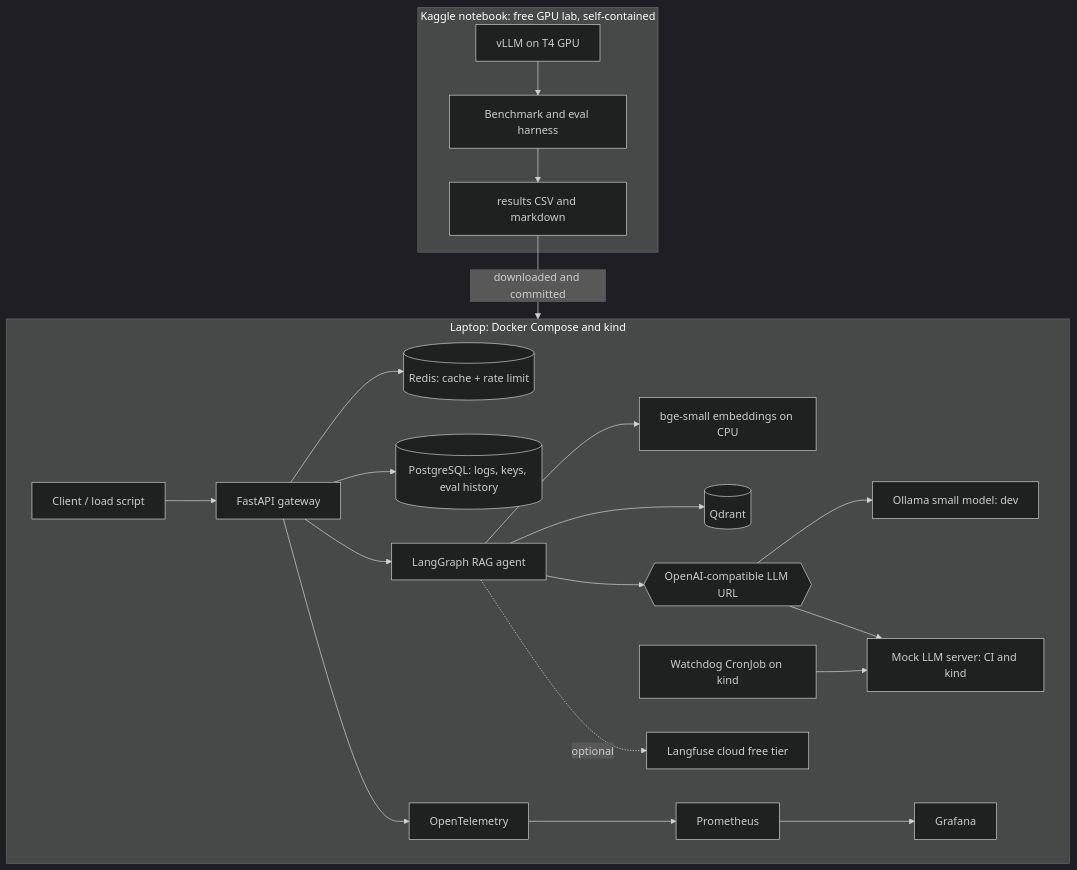
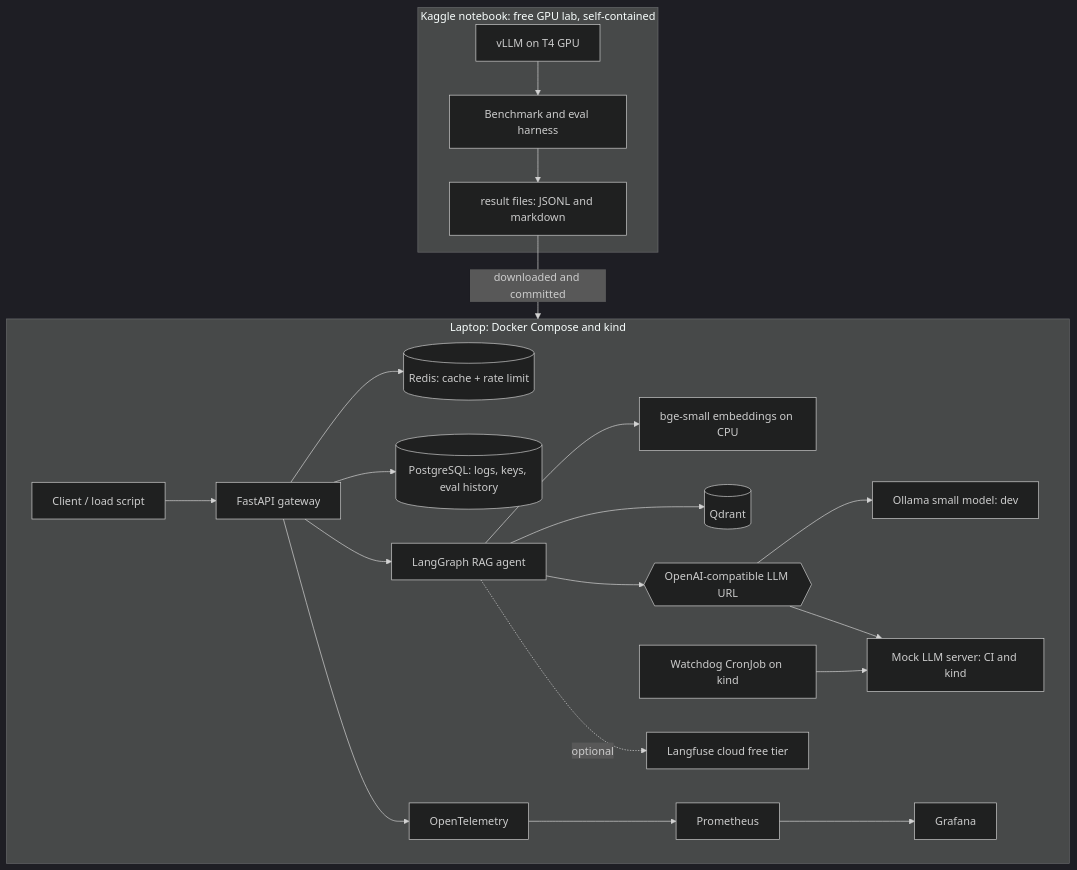
One commit to chiragn28/FXAssist_Lite changed the diagram in README.md. Above: the diagram before and after it, drawn with Mermaid (dark theme). The commit also changed other lines of this file and 39 other files, not shown here.

````diff
--- a/README.md
+++ b/README.md
@@ -17,24 +17,24 @@
 ```mermaid
 flowchart TB
     subgraph LOCAL[Laptop: Docker Compose and kind]
         C[Client / load script] --> API[FastAPI gateway]
         API --> RD[(Redis: cache + rate limit)]
         API --> PG[(PostgreSQL: logs, keys, eval history)]
         API --> AG[LangGraph RAG agent]
         AG --> EM[bge-small embeddings on CPU]
         AG --> QD[(Qdrant)]
         AG --> LLM{{OpenAI-compatible LLM URL}}
         LLM --> OL[Ollama small model: dev]
         LLM --> MK[Mock LLM server: CI and kind]
         API --> OT[OpenTelemetry]
         OT --> PR[Prometheus]
         PR --> GR[Grafana]
         AG -.optional.-> LF[Langfuse cloud free tier]
         WD[Watchdog CronJob on kind] --> MK
     end
     subgraph LAB[Kaggle notebook: free GPU lab, self-contained]
         V[vLLM on T4 GPU] --> B[Benchmark and eval harness]
-        B --> R[results CSV and markdown]
+        B --> R[result files: JSONL and markdown]
     end
     R -->|downloaded and committed| LOCAL
 ```
````
